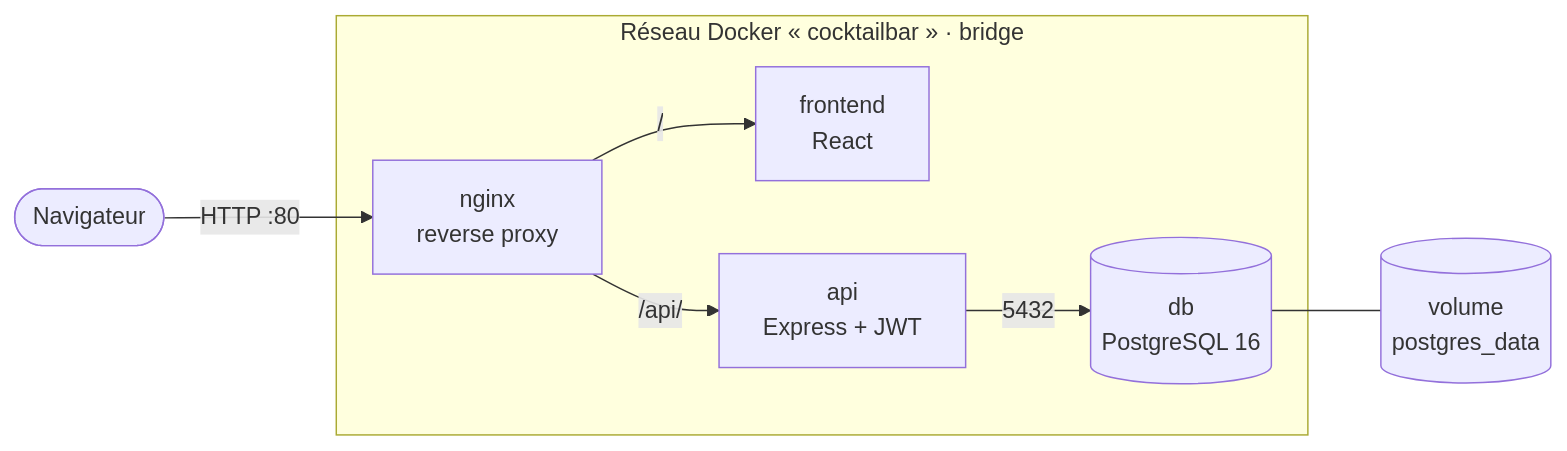
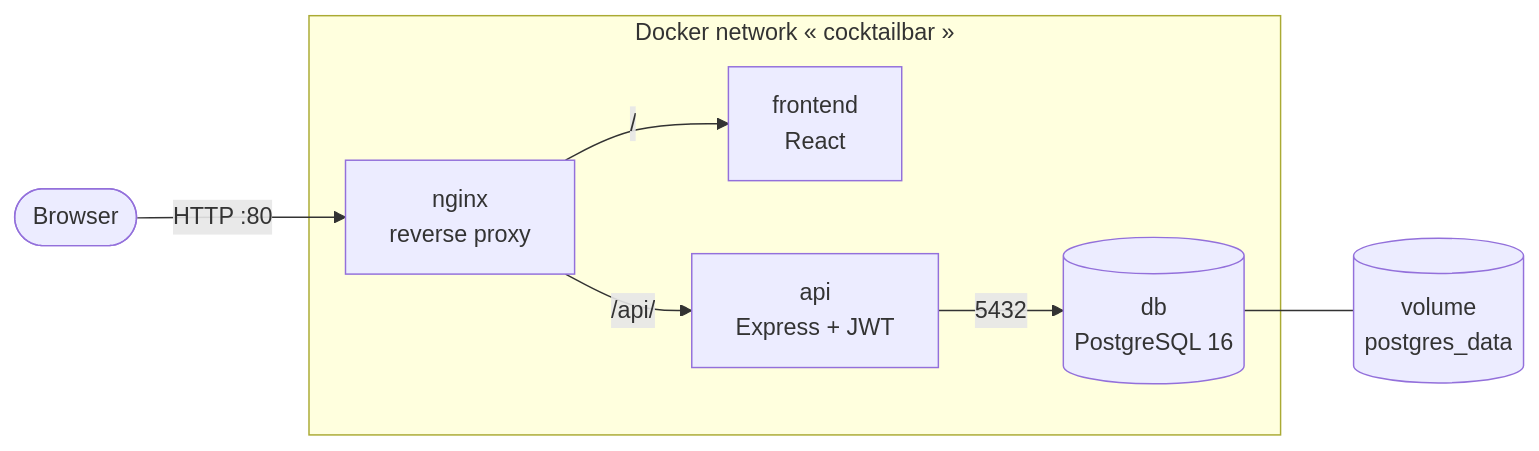
The diagram in README.md (thomaspeyr31/cocktail-bar), drawn with Mermaid before and after one commit. The commit also changed other lines of this file and 6 other files, not shown here.

````diff
--- a/README.md
+++ b/README.md
@@ -19,16 +16,16 @@
 ```mermaid
 flowchart LR
-    client([Navigateur]) -->|HTTP :80| nginx
+    client([Browser]) -->|HTTP :80| nginx
 
-    subgraph net[Réseau Docker « cocktailbar » · bridge]
+    subgraph net[Docker network « cocktailbar »]
         nginx[nginx<br/>reverse proxy]
         front[frontend<br/>React]
         api[api<br/>Express + JWT]
         db[(db<br/>PostgreSQL 16)]
     end
 
     nginx -->|/| front
     nginx -->|/api/| api
     api -->|5432| db
     db --- vol[(volume<br/>postgres_data)]
 ```
````
